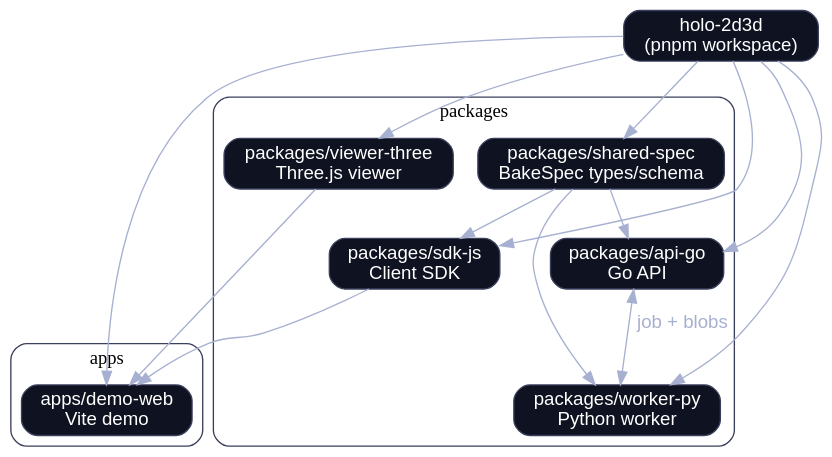
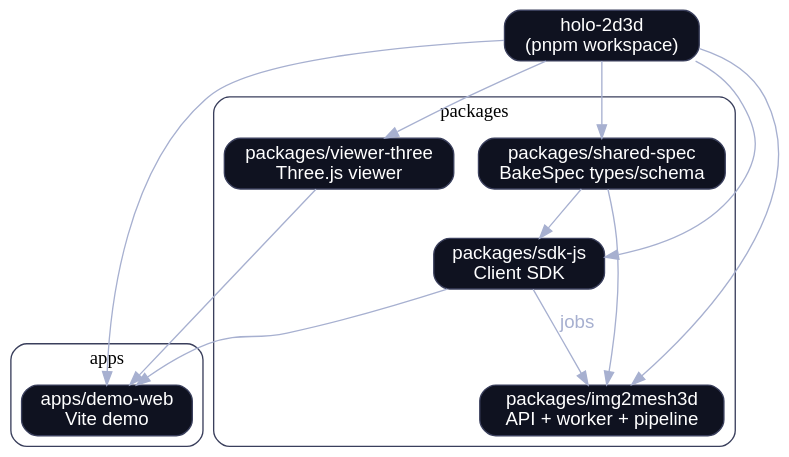
The diagram in holo/docs/diagrams-dot/03-monorepo-packages.dot (Volpestyle/y2k-nostalgic-futurism), drawn with Graphviz before and after one commit. The commit also changed 114 other files, not shown here.

First line of the commit message:
refactor: migrate to img2mesh3d pipeline stack

```diff
--- a/holo/docs/diagrams-dot/03-monorepo-packages.dot
+++ b/holo/docs/diagrams-dot/03-monorepo-packages.dot
@@ -1,40 +1,37 @@
 digraph G {
   rankdir=TB;
   graph [bgcolor="transparent", pad=0.2];
   node [shape=box, style="rounded,filled", fillcolor="#0f1220", fontcolor="white", color="#3a3f5c", fontname="Helvetica"];
   edge [color="#a7b0d0", fontcolor="#a7b0d0", fontname="Helvetica"];
 
   ROOT [label="holo-2d3d\n(pnpm workspace)"];
 
   subgraph cluster_apps {
     label="apps";
     color="#3a3f5c";
     style="rounded";
     DEMO [label="apps/demo-web\nVite demo"];
   }
 
   subgraph cluster_packages {
     label="packages";
     color="#3a3f5c";
     style="rounded";
     SPEC [label="packages/shared-spec\nBakeSpec types/schema"];
     SDK [label="packages/sdk-js\nClient SDK"];
     VIEW [label="packages/viewer-three\nThree.js viewer"];
-    API [label="packages/api-go\nGo API"];
-    WRK [label="packages/worker-py\nPython worker"];
+    I2M [label="packages/img2mesh3d\nAPI + worker + pipeline"];
   }
 
   ROOT -> DEMO;
   ROOT -> SPEC;
   ROOT -> SDK;
   ROOT -> VIEW;
-  ROOT -> API;
-  ROOT -> WRK;
+  ROOT -> I2M;
 
   SPEC -> SDK;
-  SPEC -> API;
-  SPEC -> WRK;
+  SPEC -> I2M;
   SDK -> DEMO;
   VIEW -> DEMO;
-  API -> WRK [dir=both, label="job + blobs"];
+  SDK -> I2M [label="jobs"];
 }
```
